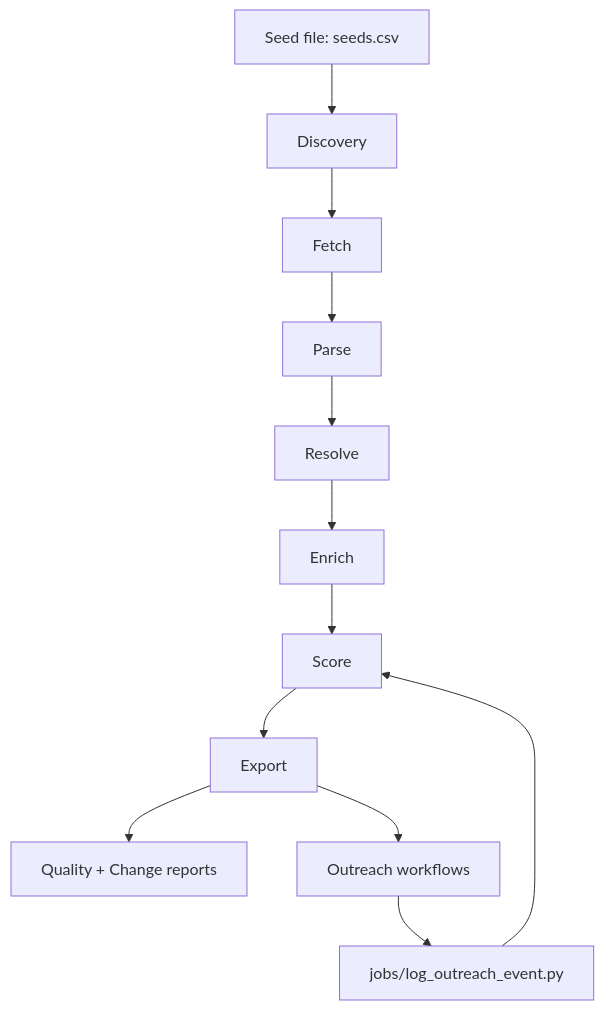
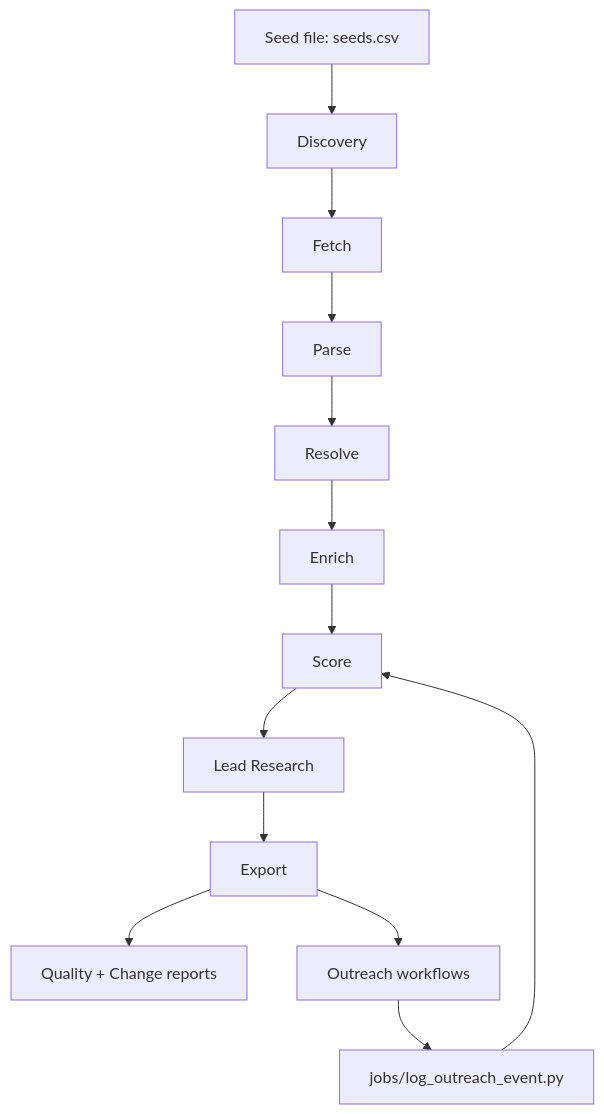
Before and after one commit to MikesHorcrux/ABAProviderIntelligenceEngine: the diagram in README.md, drawn with Mermaid. The commit also changed other lines of this file and 18 other files, not shown here.

First line of the commit message:
Add agent lead research stage and export queue

````diff
--- a/README.md
+++ b/README.md
@@ -18,14 +18,15 @@
 ```mermaid
 flowchart TD
     Seeds[Seed file: seeds.csv] --> Discovery
     Discovery --> Fetch
     Fetch --> Parse
     Parse --> Resolve
     Resolve --> Enrich
     Enrich --> Score
-    Score --> Export
+    Score --> Research[Lead Research]
+    Research --> Export
     Export --> Reports[Quality + Change reports]
     Export --> Outreach[Outreach workflows]
     Outreach --> Feedback[jobs/log_outreach_event.py]
     Feedback --> Score
 ```
````
